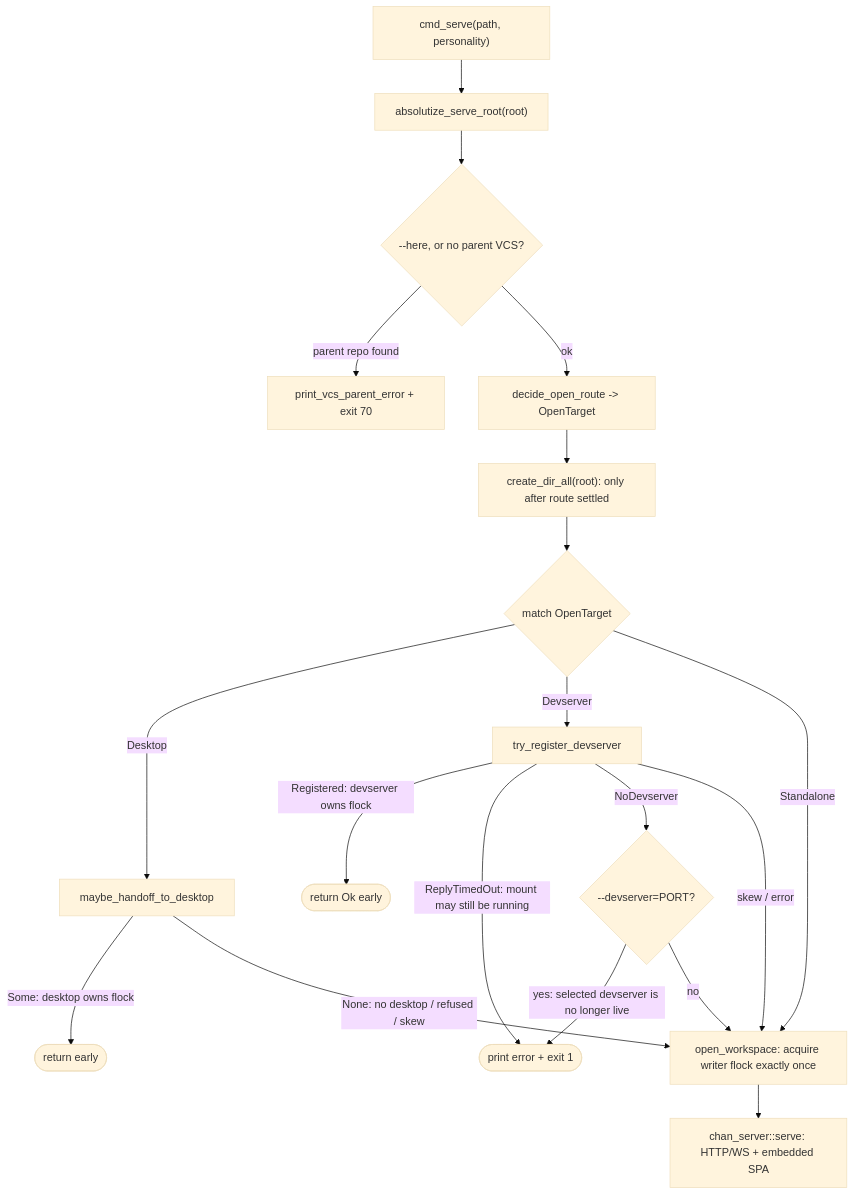
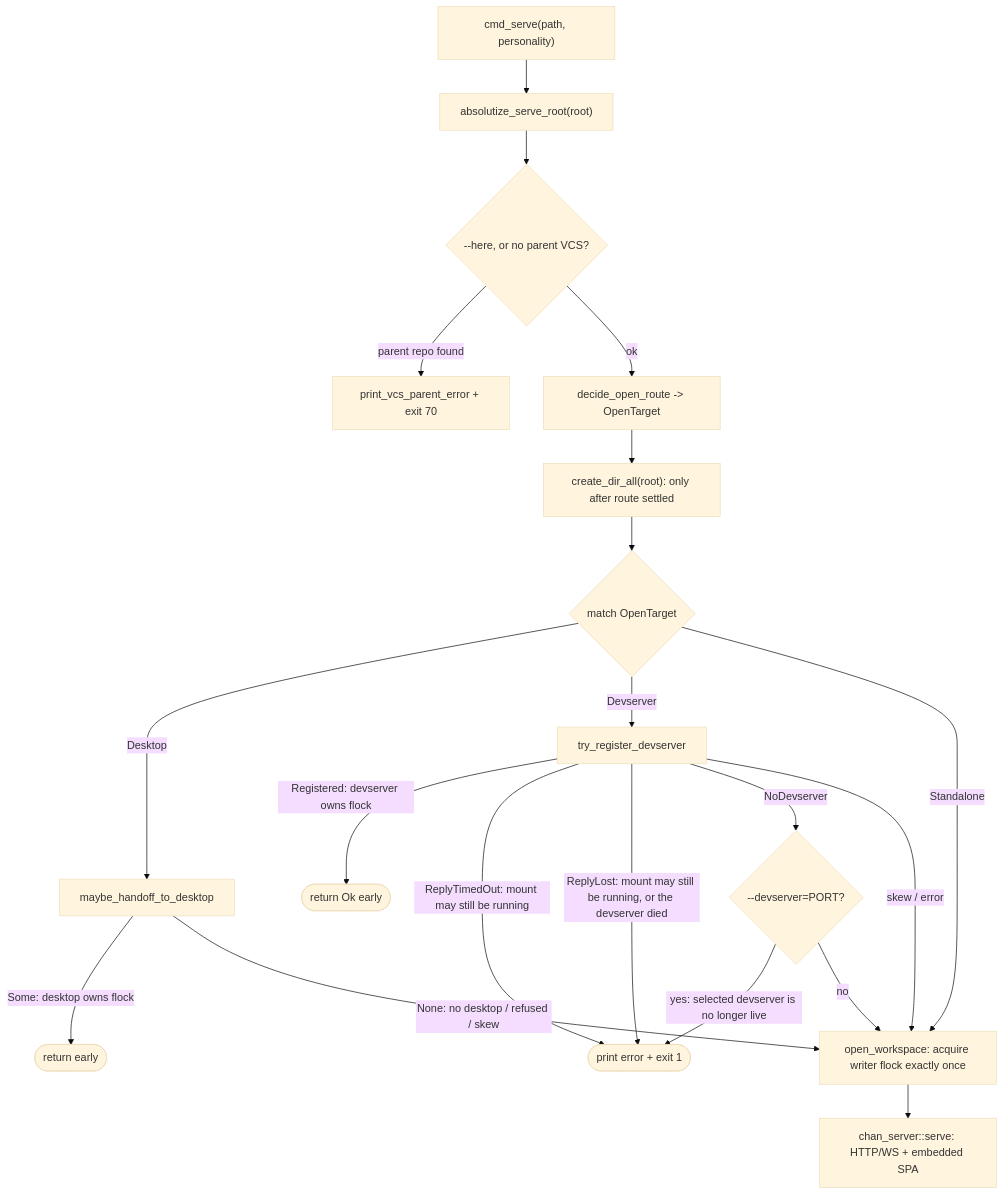
The second of 2 diagrams in crates/chan/design.md (fiorix/chan), drawn with Mermaid (base theme) before and after one commit. The commit also changed other lines of this file and 2 other files, not shown here.

````diff
--- a/crates/chan/design.md
+++ b/crates/chan/design.md
@@ -85,21 +85,22 @@
 ```mermaid
 flowchart TB
   Start["cmd_serve(path, personality)"] --> Abs["absolutize_serve_root(root)"]
   Abs --> Vcs{"--here, or no parent VCS?"}
   Vcs -->|"parent repo found"| Exit70["print_vcs_parent_error + exit 70"]
   Vcs -->|"ok"| Route["decide_open_route -> OpenTarget"]
   Route --> Mkdir["create_dir_all(root): only after route settled"]
   Mkdir --> Target{"match OpenTarget"}
   Target -->|"Desktop"| Hand["maybe_handoff_to_desktop"]
   Hand -->|"Some: desktop owns flock"| Ret1(["return early"])
   Hand -->|"None: no desktop / refused / skew"| Serve
   Target -->|"Devserver"| Reg["try_register_devserver"]
   Reg -->|"Registered: devserver owns flock"| Ret2(["return Ok early"])
   Reg -->|"ReplyTimedOut: mount may still be running"| Refuse(["print error + exit 1"])
+  Reg -->|"ReplyLost: mount may still be running, or the devserver died"| Refuse
   Reg -->|"NoDevserver"| Explicit{"--devserver=PORT?"}
   Explicit -->|"yes: selected devserver is no longer live"| Refuse
   Explicit -->|"no"| Serve
   Reg -->|"skew / error"| Serve
   Target -->|"Standalone"| Serve
   Serve["open_workspace: acquire writer flock exactly once"] --> Run["chan_server::serve: HTTP/WS + embedded SPA"]
 ```
````
